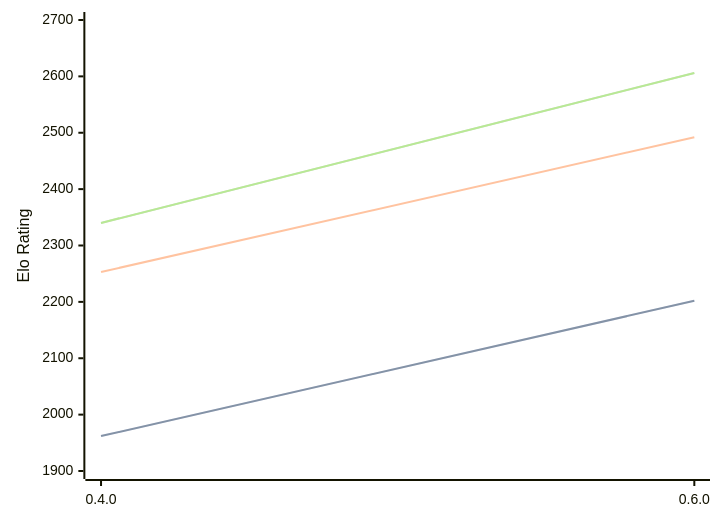
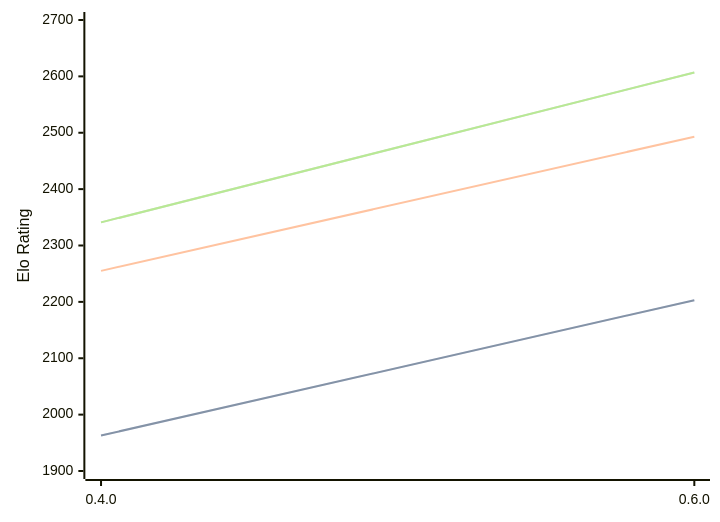
The diagram in engines/Ariadne.md (computer-chess-index/cci), drawn with Mermaid before and after one commit. The commit also changed other lines of this file, not shown here.

Commit message:
Update CCI Ratings (ELO VLTC) - 2026-10-09

````diff
--- a/engines/Ariadne.md
+++ b/engines/Ariadne.md
@@ -36,11 +36,11 @@
 ```mermaid
 %%{init: {"theme":"base","themeVariables":{"seriesColors:['#a3a3a3','#222221','#faa371']}}}%%
 xychart-beta
   x-axis ["0.4.0", "0.6.0"]
   y-axis "Elo Rating" 1900 --> 2700
-  line "" [1962, 2202]
-  line "STC (8.0+0.08s)" [1962, 2202]
-  line "LTC (60.0+0.60s)" [2253, 2492]
-  line "" [2340, 2606]
-  line "VLTC (2m24s+1.12s)" [2340, 2606]
+  line "" [1963, 2203]
+  line "STC (8.0+0.08s)" [1963, 2203]
+  line "LTC (60.0+0.60s)" [2255, 2493]
+  line "" [2341, 2607]
+  line "VLTC (2m24s+1.12s)" [2341, 2607]
 ```
````
